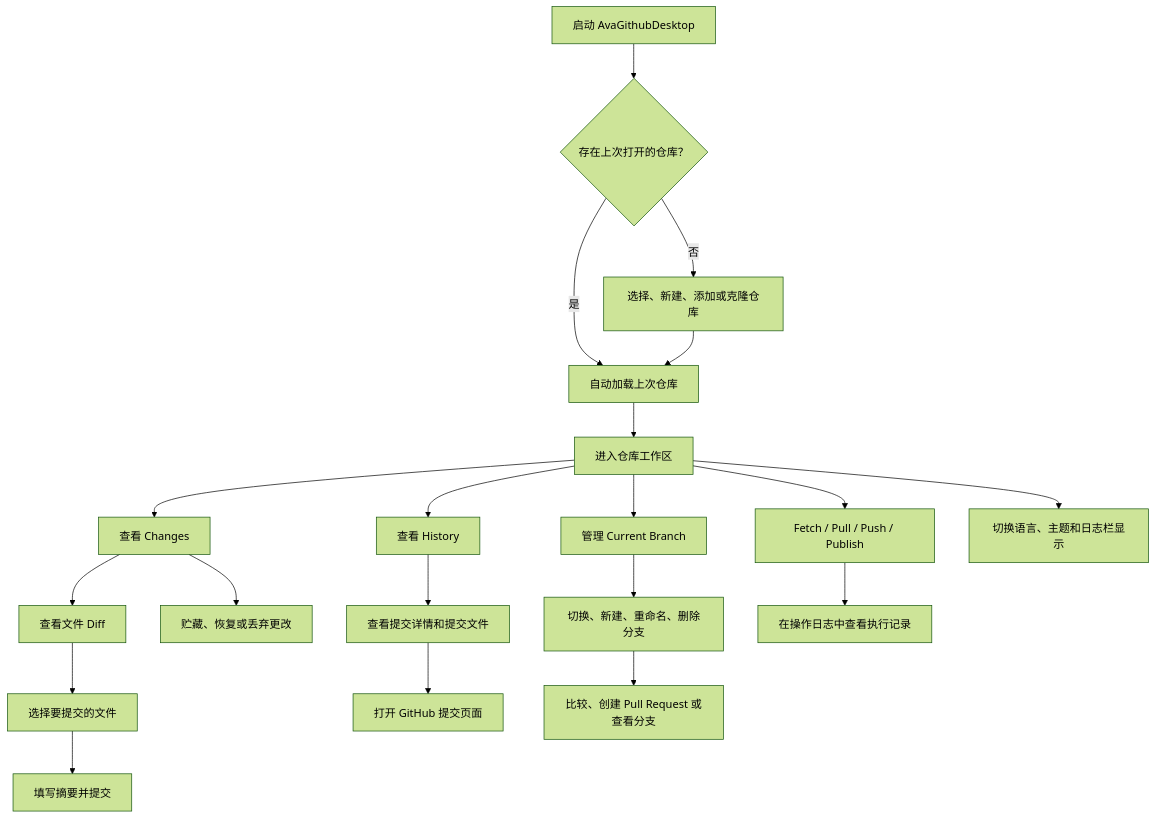
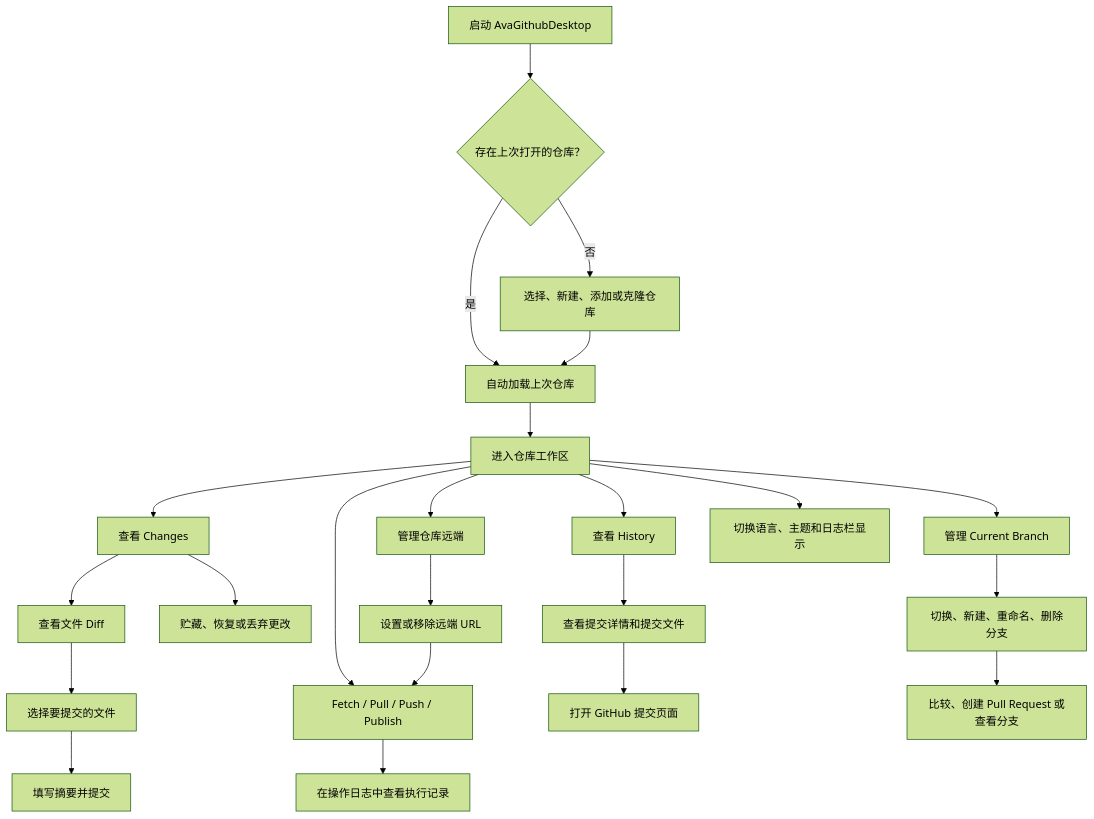
One commit to dotnet9/AvaGithubDesktop changed the diagram in docs/AvaGithubDesktop需求文档.md. Above: the diagram before and after it, drawn with Mermaid (forest theme). The commit also changed other lines of this file and 17 other files, not shown here.

````diff
--- a/docs/AvaGithubDesktop需求文档.md
+++ b/docs/AvaGithubDesktop需求文档.md
@@ -34,22 +35,25 @@
 ```mermaid
 flowchart TD
     Start["启动 AvaGithubDesktop"] --> Restore{"存在上次打开的仓库？"}
     Restore -->|是| LoadRepo["自动加载上次仓库"]
     Restore -->|否| PickRepo["选择、新建、添加或克隆仓库"]
     PickRepo --> LoadRepo
     LoadRepo --> Workspace["进入仓库工作区"]
     Workspace --> Changes["查看 Changes"]
     Workspace --> History["查看 History"]
     Workspace --> Branch["管理 Current Branch"]
+    Workspace --> Remote["管理仓库远端"]
     Workspace --> Sync["Fetch / Pull / Push / Publish"]
     Changes --> ReviewDiff["查看文件 Diff"]
     ReviewDiff --> SelectFiles["选择要提交的文件"]
     SelectFiles --> Commit["填写摘要并提交"]
     Changes --> Stash["贮藏、恢复或丢弃更改"]
     History --> CommitDetail["查看提交详情和提交文件"]
     CommitDetail --> OpenCommit["打开 GitHub 提交页面"]
     Branch --> BranchOps["切换、新建、重命名、删除分支"]
     BranchOps --> BranchGitHub["比较、创建 Pull Request 或查看分支"]
+    Remote --> RemoteOps["设置或移除远端 URL"]
+    RemoteOps --> Sync
     Sync --> OperationLog["在操作日志中查看执行记录"]
     Workspace --> Settings["切换语言、主题和日志栏显示"]
 ```
````
